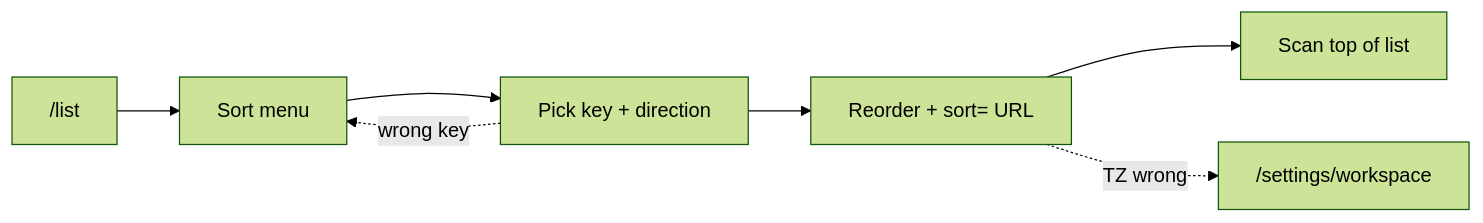
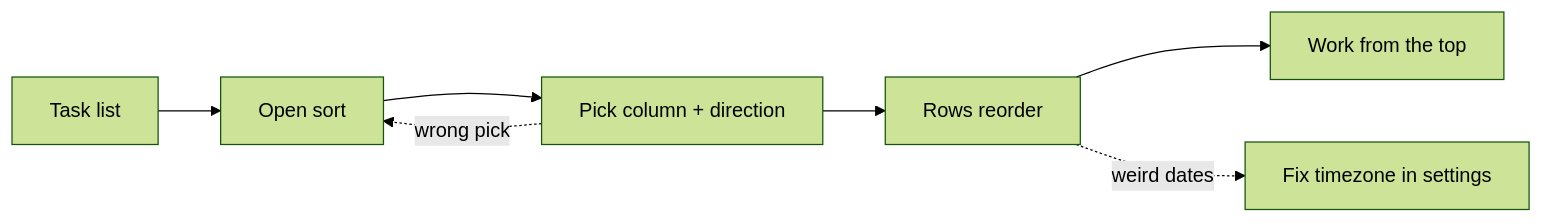
One commit to wildan-png/todoAppWorkflow-design changed the fifth of 28 diagrams in research/user-journeys.md. Above: the diagram before and after it, drawn with Mermaid (forest theme). The commit also changed other lines of this file, not shown here.

First line of the commit message:
docs: humanize user journey copy (Part A, steps, diagrams)

````diff
--- a/research/user-journeys.md
+++ b/research/user-journeys.md
@@ -224,9 +224,9 @@
 ```mermaid
 flowchart LR
-  L["/list"] --> S[Sort menu]
-  S --> K[Pick key + direction]
-  K --> R[Reorder + sort= URL]
-  R --> T[Scan top of list]
-  K -.->|wrong key| S
-  R -.->|TZ wrong| W["/settings/workspace"]
+  L[Task list] --> S[Open sort]
+  S --> K[Pick column + direction]
+  K --> R[Rows reorder]
+  R --> T[Work from the top]
+  K -.->|wrong pick| S
+  R -.->|weird dates| W[Fix timezone in settings]
 ```
````
